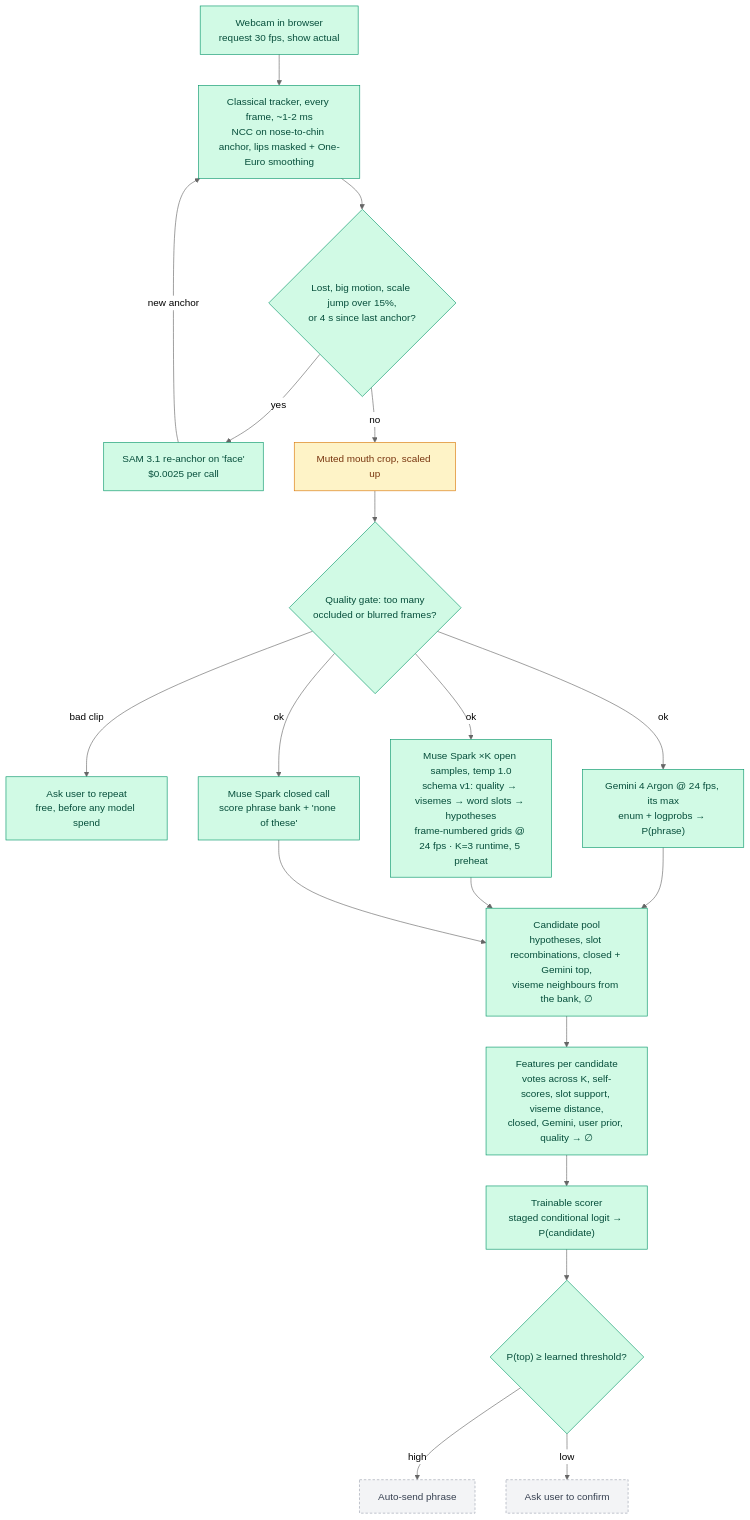
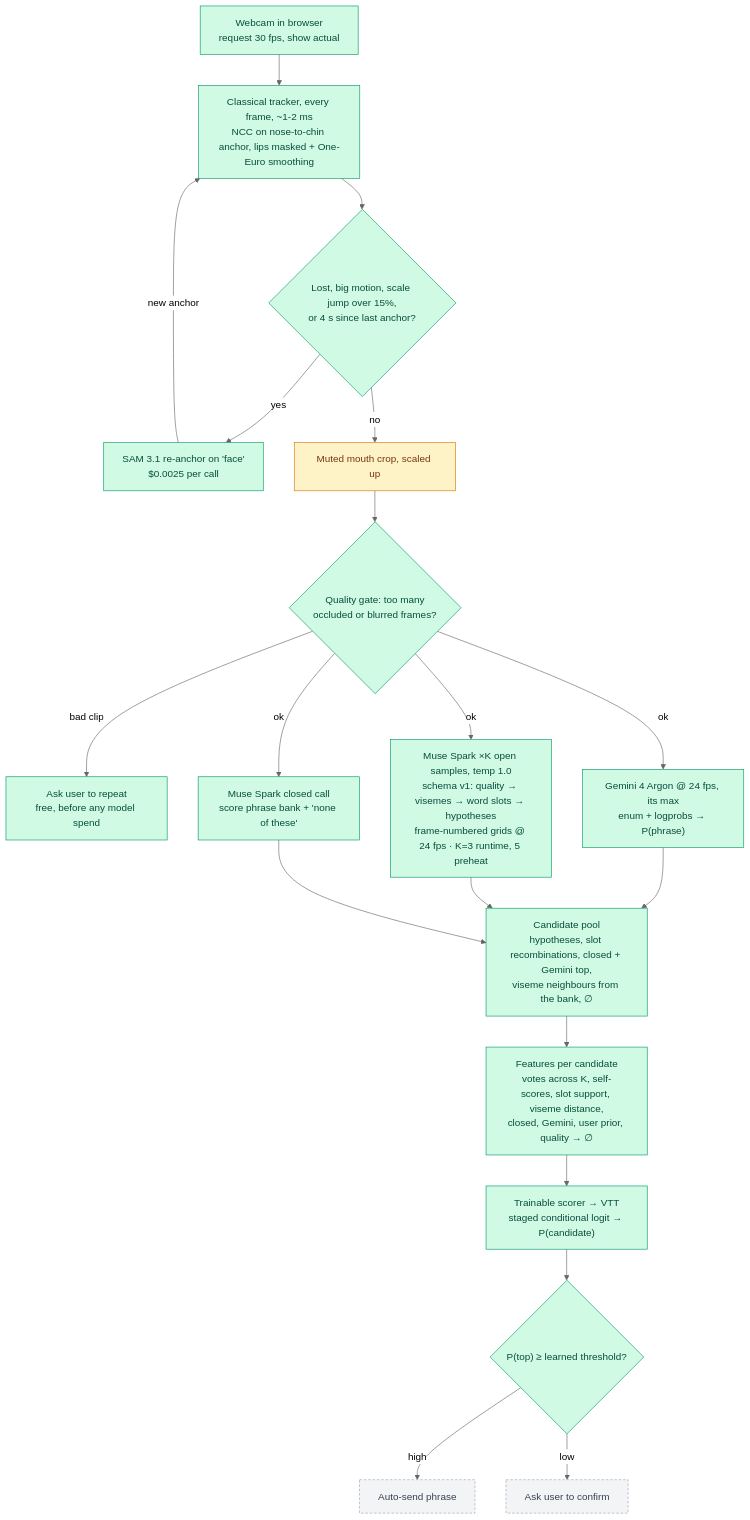
The first of 4 diagrams in docs/pipeline.md (Darijan-Ducic/badge-machine), drawn with Mermaid (neutral theme) before and after one commit. The commit also changed other lines of this file and 3 other files, not shown here.

````diff
--- a/docs/pipeline.md
+++ b/docs/pipeline.md
@@ -7,35 +7,35 @@
 ```mermaid
 flowchart TD
   CAM["Webcam in browser<br/>request 30 fps, show actual"]
   TRK["Classical tracker, every frame, ~1-2 ms<br/>NCC on nose-to-chin anchor, lips masked + One-Euro smoothing"]
   TRIG{"Lost, big motion, scale jump over 15%,<br/>or 4 s since last anchor?"}
   SAM["SAM 3.1 re-anchor on 'face'<br/>$0.0025 per call"]
   CROP["Muted mouth crop, scaled up"]
   QG{"Quality gate: too many<br/>occluded or blurred frames?"}
   REPEAT["Ask user to repeat<br/>free, before any model spend"]
   GEM["Gemini 4 Argon @ 24 fps, its max<br/>enum + logprobs → P(phrase)"]
   MUSEK["Muse Spark ×K open samples, temp 1.0<br/>schema v1: quality → visemes → word slots → hypotheses<br/>frame-numbered grids @ 24 fps · K=3 runtime, 5 preheat"]
   MUSEC["Muse Spark closed call<br/>score phrase bank + 'none of these'"]
   POOL["Candidate pool<br/>hypotheses, slot recombinations, closed + Gemini top,<br/>viseme neighbours from the bank, ∅"]
   FEAT["Features per candidate<br/>votes across K, self-scores, slot support, viseme distance,<br/>closed, Gemini, user prior, quality → ∅"]
-  FUSE["Trainable scorer<br/>staged conditional logit → P(candidate)"]
+  FUSE["Trainable scorer → VTT<br/>staged conditional logit → P(candidate)"]
   GATE{"P(top) ≥ learned threshold?"}
   SEND["Auto-send phrase"]
   CONFIRM["Ask user to confirm"]
 
   CAM --> TRK --> TRIG
   TRIG -- yes --> SAM -- new anchor --> TRK
   TRIG -- no --> CROP --> QG
   QG -- bad clip --> REPEAT
   QG -- ok --> GEM & MUSEK & MUSEC
   GEM & MUSEK & MUSEC --> POOL --> FEAT --> FUSE --> GATE
   GATE -- high --> SEND
   GATE -- low --> CONFIRM
 
   classDef built fill:#d1fae5,stroke:#059669,color:#064e3b
   classDef building fill:#fef3c7,stroke:#d97706,color:#78350f
   classDef planned fill:#f3f4f6,stroke:#9ca3af,color:#374151,stroke-dasharray:4 3
   class CAM,GEM,GATE,SAM,TRK,TRIG,QG,REPEAT,MUSEK,MUSEC,POOL,FEAT,FUSE built
   class CROP building
   class SEND,CONFIRM planned
 ```
````
